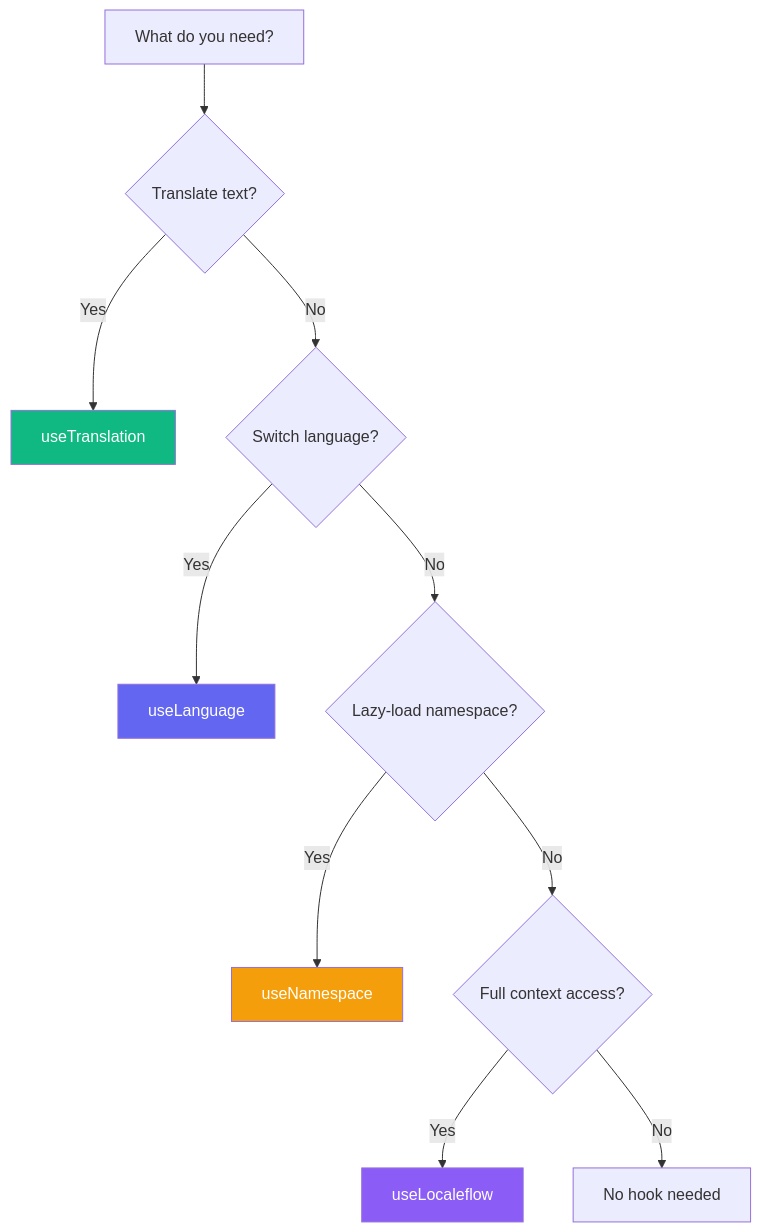
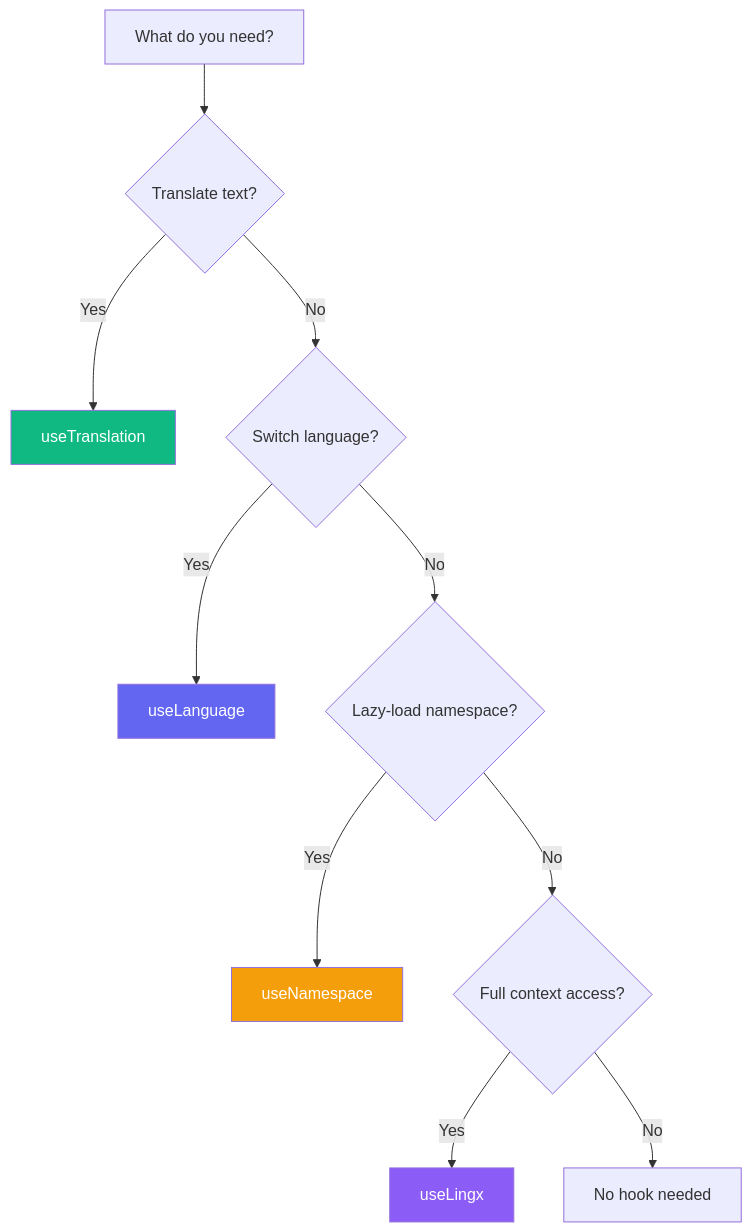
One commit to VinniZP/lingx changed the second of 2 diagrams in packages/sdk-nextjs/docs/hooks.md. Above: the diagram before and after it, drawn with Mermaid. The commit also changed other lines of this file and 322 other files, not shown here.

````diff
--- a/packages/sdk-nextjs/docs/hooks.md
+++ b/packages/sdk-nextjs/docs/hooks.md
@@ -40,17 +40,17 @@
 ```mermaid
 flowchart TD
     A[What do you need?] --> B{Translate text?}
     B -->|Yes| C[useTranslation]
     B -->|No| D{Switch language?}
     D -->|Yes| E[useLanguage]
     D -->|No| F{Lazy-load namespace?}
     F -->|Yes| G[useNamespace]
     F -->|No| H{Full context access?}
-    H -->|Yes| I[useLocaleflow]
+    H -->|Yes| I[useLingx]
     H -->|No| J[No hook needed]
 
     style C fill:#10b981,color:#fff
     style E fill:#6366f1,color:#fff
     style G fill:#f59e0b,color:#fff
     style I fill:#8b5cf6,color:#fff
 ```
````
